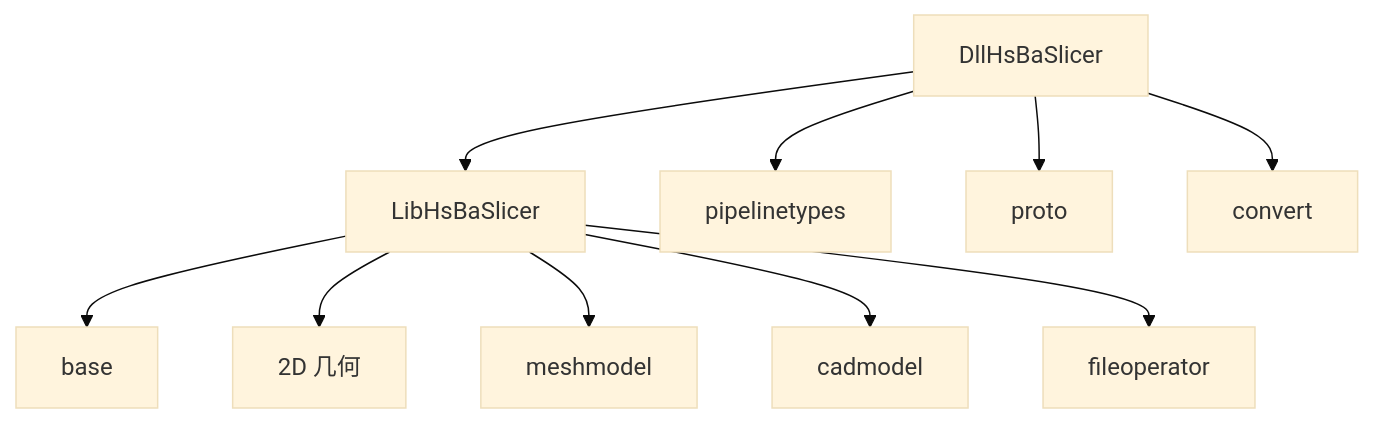
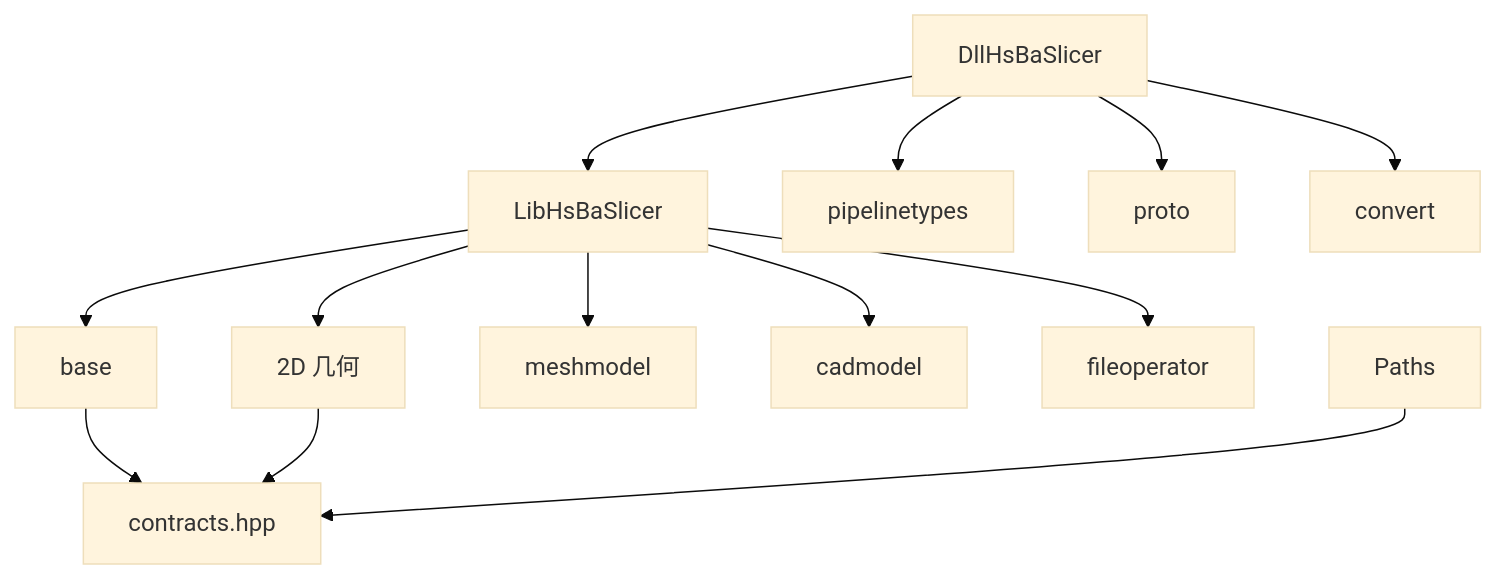
Before and after one commit to hsmbanlance/HsBaSlicer: the eighth of 8 diagrams in .qoder/repowiki/zh/content/核心概念/核心概念.md, drawn with Mermaid (base theme). The commit also changed other lines of this file and 202 other files, not shown here.

````diff
--- a/.qoder/repowiki/zh/content/核心概念/核心概念.md
+++ b/.qoder/repowiki/zh/content/核心概念/核心概念.md
@@ -379,12 +496,15 @@
 ```mermaid
 graph TB
 Dll["DllHsBaSlicer"] --> Lib["LibHsBaSlicer"]
 Lib --> Base["base"]
 Lib --> TwoD["2D 几何"]
 Lib --> Mesh["meshmodel"]
 Lib --> Cad["cadmodel"]
 Dll --> Types["pipelinetypes"]
 Dll --> Proto["proto"]
 Dll --> Convert["convert"]
 Lib --> Store["fileoperator"]
+Base --> Contracts["contracts.hpp"]
+TwoD --> Contracts
+Paths --> Contracts
 ```
````
